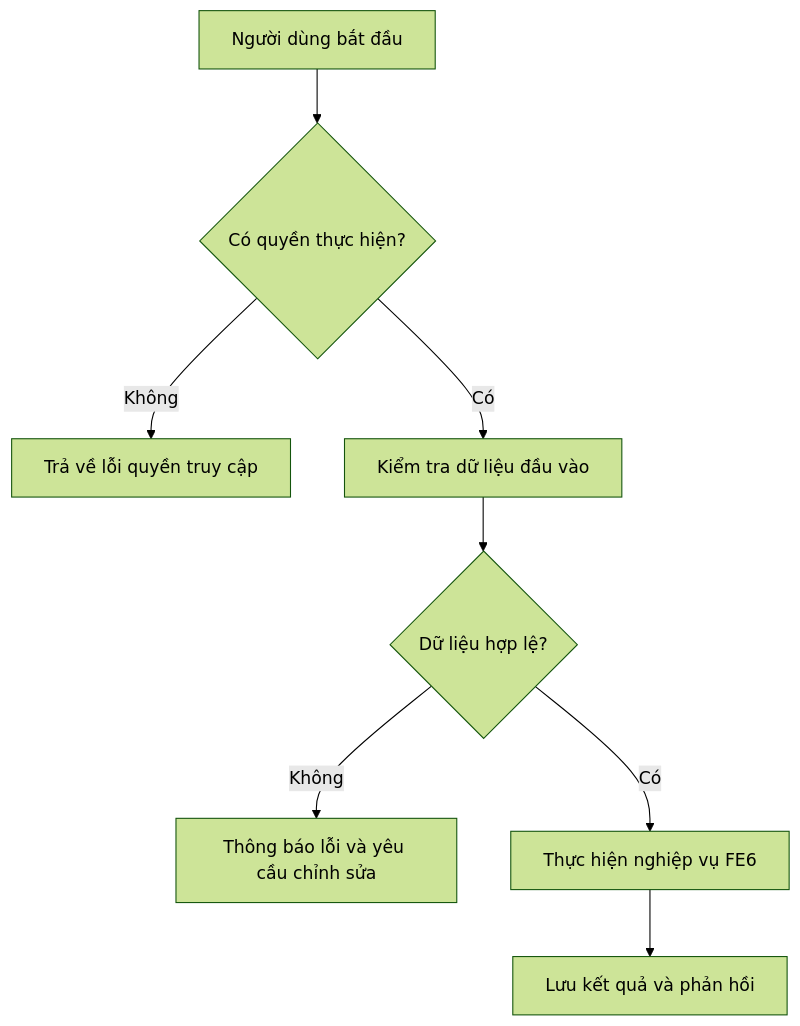
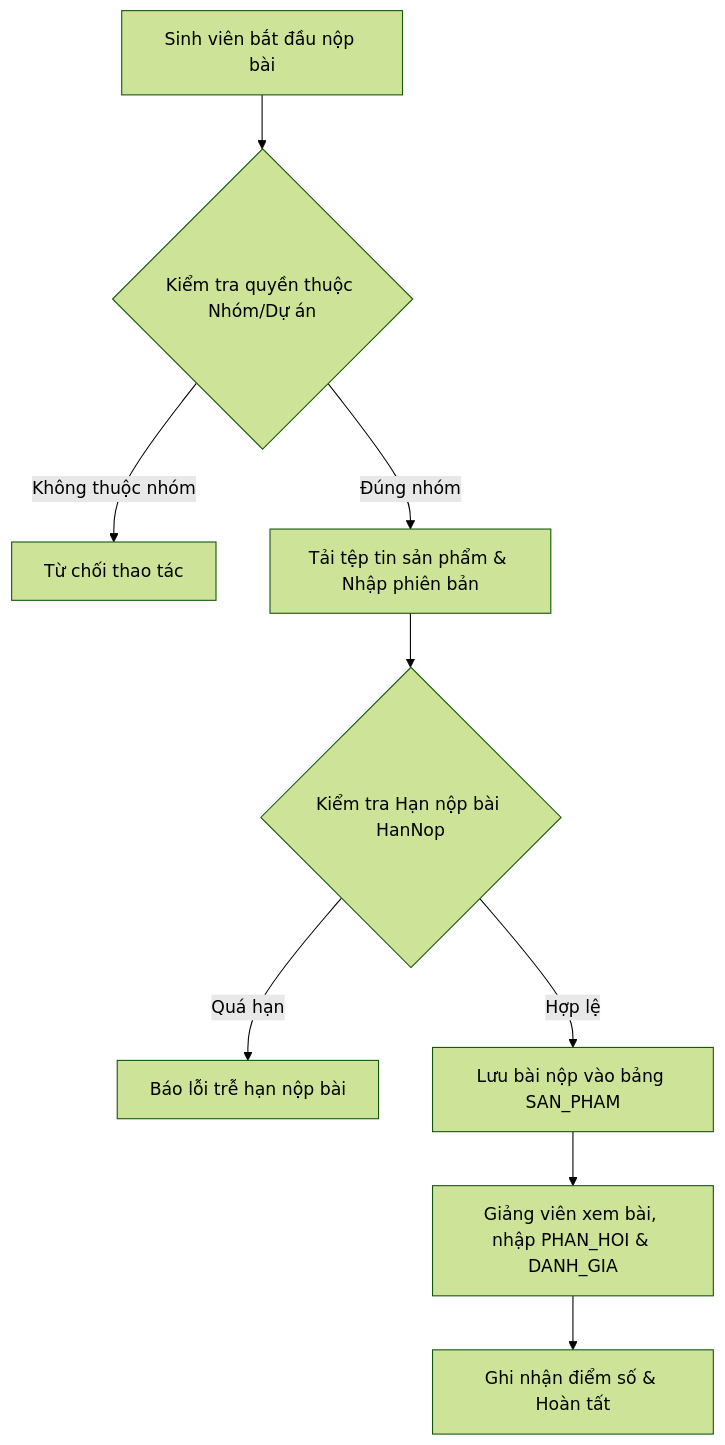
One commit to nguyenminhthien140906-dot/CNPM changed the diagram in docs/FE06-milestone-checkpoint-management.md. Above: the diagram before and after it, drawn with Mermaid (forest theme).

Commit message:
FE06-milestone-checkpoint-management.md

````diff
--- a/docs/FE06-milestone-checkpoint-management.md
+++ b/docs/FE06-milestone-checkpoint-management.md
@@ -43,10 +43,11 @@
 ```mermaid
 flowchart TD
-    A[Người dùng bắt đầu] --> B{Có quyền thực hiện?}
-    B -- Không --> C[Trả về lỗi quyền truy cập]
-    B -- Có --> D[Kiểm tra dữ liệu đầu vào]
-    D --> E{Dữ liệu hợp lệ?}
-    E -- Không --> F[Thông báo lỗi và yêu cầu chỉnh sửa]
-    E -- Có --> G[Thực hiện nghiệp vụ FE6]
-    G --> H[Lưu kết quả và phản hồi]
+    A[Sinh viên bắt đầu nộp bài] --> B{Kiểm tra quyền thuộc Nhóm/Dự án}
+    B -- Không thuộc nhóm --> C[Từ chối thao tác]
+    B -- Đúng nhóm --> D[Tải tệp tin sản phẩm & Nhập phiên bản]
+    D --> E{Kiểm tra Hạn nộp bài HanNop}
+    E -- Quá hạn --> F[Báo lỗi trễ hạn nộp bài]
+    E -- Hợp lệ --> G[Lưu bài nộp vào bảng SAN_PHAM]
+    G --> H[Giảng viên xem bài, nhập PHAN_HOI & DANH_GIA]
+    H --> I[Ghi nhận điểm số & Hoàn tất]
 ```
````
